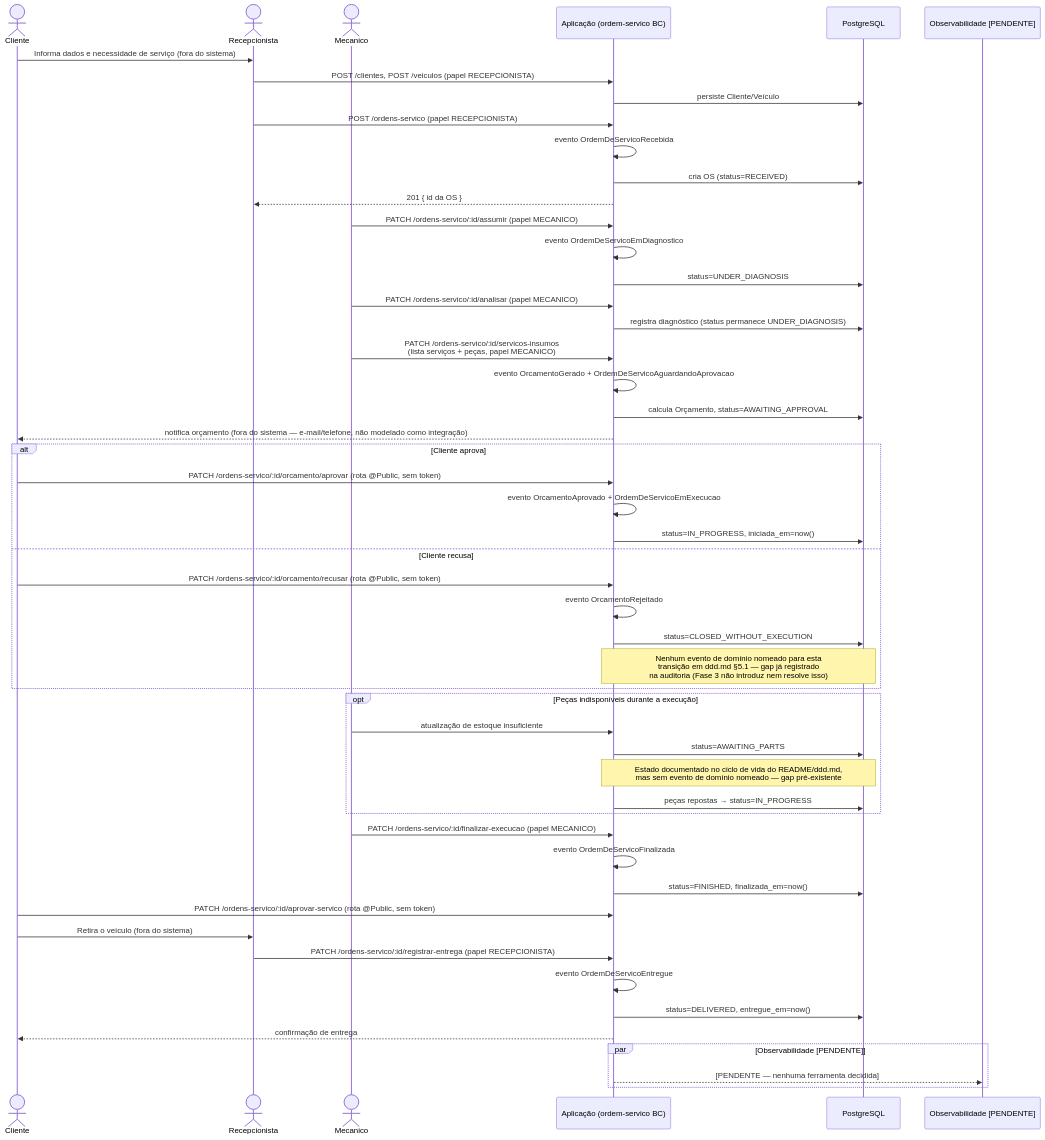
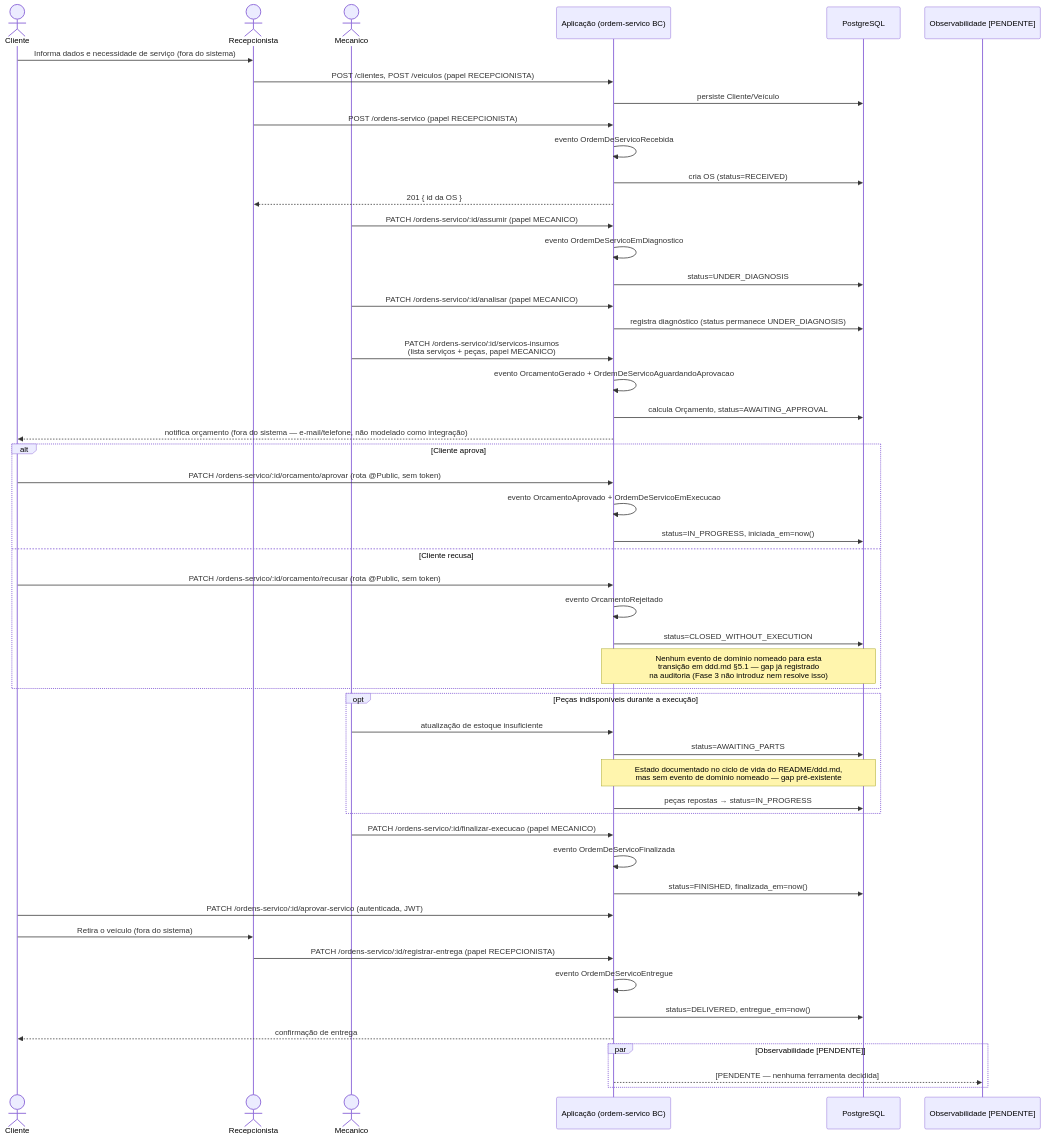
One commit to Async-And-Furious/async-furious-project changed the diagram in docs/architecture/service-order-flow.md. Above: the diagram before and after it, drawn with Mermaid. The commit also changed other lines of this file and 3 other files, not shown here.

````diff
--- a/docs/architecture/service-order-flow.md
+++ b/docs/architecture/service-order-flow.md
@@ -17,62 +17,62 @@
 ```mermaid
 sequenceDiagram
     actor Cliente
     actor Recepcionista
     actor Mecanico
     participant API as Aplicação (ordem-servico BC)
     participant DB as PostgreSQL
     participant Obs as Observabilidade [PENDENTE]
 
     Cliente->>Recepcionista: Informa dados e necessidade de serviço (fora do sistema)
     Recepcionista->>API: POST /clientes, POST /veiculos (papel RECEPCIONISTA)
     API->>DB: persiste Cliente/Veículo
     Recepcionista->>API: POST /ordens-servico (papel RECEPCIONISTA)
     API->>API: evento OrdemDeServicoRecebida
     API->>DB: cria OS (status=RECEIVED)
     API-->>Recepcionista: 201 { id da OS }
 
     Mecanico->>API: PATCH /ordens-servico/:id/assumir (papel MECANICO)
     API->>API: evento OrdemDeServicoEmDiagnostico
     API->>DB: status=UNDER_DIAGNOSIS
     Mecanico->>API: PATCH /ordens-servico/:id/analisar (papel MECANICO)
     API->>DB: registra diagnóstico (status permanece UNDER_DIAGNOSIS)
 
     Mecanico->>API: PATCH /ordens-servico/:id/servicos-insumos<br/>(lista serviços + peças, papel MECANICO)
     API->>API: evento OrcamentoGerado + OrdemDeServicoAguardandoAprovacao
     API->>DB: calcula Orçamento, status=AWAITING_APPROVAL
     API-->>Cliente: notifica orçamento (fora do sistema — e-mail/telefone, não modelado como integração)
 
     alt Cliente aprova
         Cliente->>API: PATCH /ordens-servico/:id/orcamento/aprovar (rota @Public, sem token)
         API->>API: evento OrcamentoAprovado + OrdemDeServicoEmExecucao
         API->>DB: status=IN_PROGRESS, iniciada_em=now()
     else Cliente recusa
         Cliente->>API: PATCH /ordens-servico/:id/orcamento/recusar (rota @Public, sem token)
         API->>API: evento OrcamentoRejeitado
         API->>DB: status=CLOSED_WITHOUT_EXECUTION
         Note over API,DB: Nenhum evento de domínio nomeado para esta<br/>transição em ddd.md §5.1 — gap já registrado<br/>na auditoria (Fase 3 não introduz nem resolve isso)
     end
 
     opt Peças indisponíveis durante a execução
         Mecanico->>API: atualização de estoque insuficiente
         API->>DB: status=AWAITING_PARTS
         Note over API,DB: Estado documentado no ciclo de vida do README/ddd.md,<br/>mas sem evento de domínio nomeado — gap pré-existente
         API->>DB: peças repostas → status=IN_PROGRESS
     end
 
     Mecanico->>API: PATCH /ordens-servico/:id/finalizar-execucao (papel MECANICO)
     API->>API: evento OrdemDeServicoFinalizada
     API->>DB: status=FINISHED, finalizada_em=now()
 
-    Cliente->>API: PATCH /ordens-servico/:id/aprovar-servico (rota @Public, sem token)
+    Cliente->>API: PATCH /ordens-servico/:id/aprovar-servico (autenticada, JWT)
 
     Cliente->>Recepcionista: Retira o veículo (fora do sistema)
     Recepcionista->>API: PATCH /ordens-servico/:id/registrar-entrega (papel RECEPCIONISTA)
     API->>API: evento OrdemDeServicoEntregue
     API->>DB: status=DELIVERED, entregue_em=now()
     API-->>Cliente: confirmação de entrega
 
     par Observabilidade [PENDENTE]
         API-->>Obs: [PENDENTE — nenhuma ferramenta decidida]
     end
 ```
````
